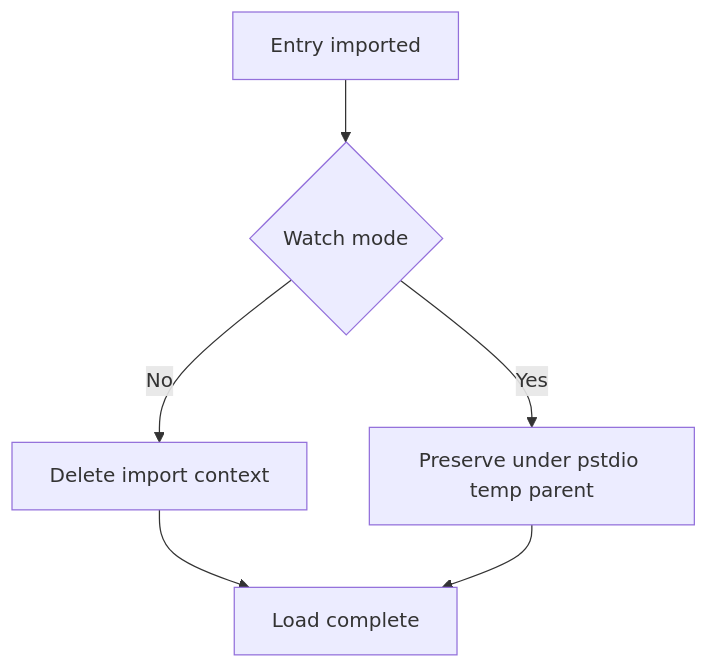
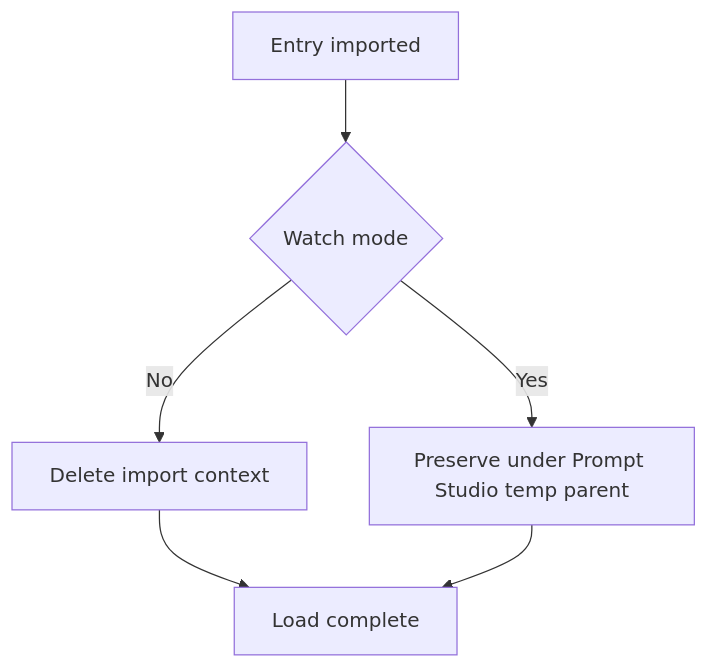
Before and after one commit to jenshorn/prompt-studio: the sixth of 6 diagrams in .pstdio/docs/architecture/extensions-runtime.md, drawn with Mermaid. The commit also changed other lines of this file and 137 other files, not shown here.

````diff
--- a/.pstdio/docs/architecture/extensions-runtime.md
+++ b/.pstdio/docs/architecture/extensions-runtime.md
@@ -181,8 +181,8 @@
 ```mermaid
 graph TD
   Imported["Entry imported"] --> Mode{"Watch mode"}
   Mode -- "No" --> Delete["Delete import context"]
-  Mode -- "Yes" --> Preserve["Preserve under pstdio temp parent"]
+  Mode -- "Yes" --> Preserve["Preserve under Prompt Studio temp parent"]
   Delete --> Done["Load complete"]
   Preserve --> Done
 ```
````
